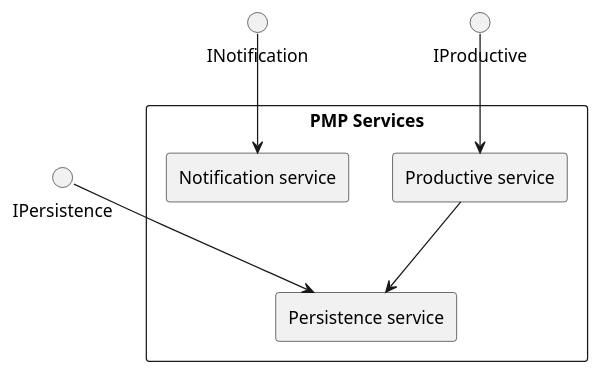
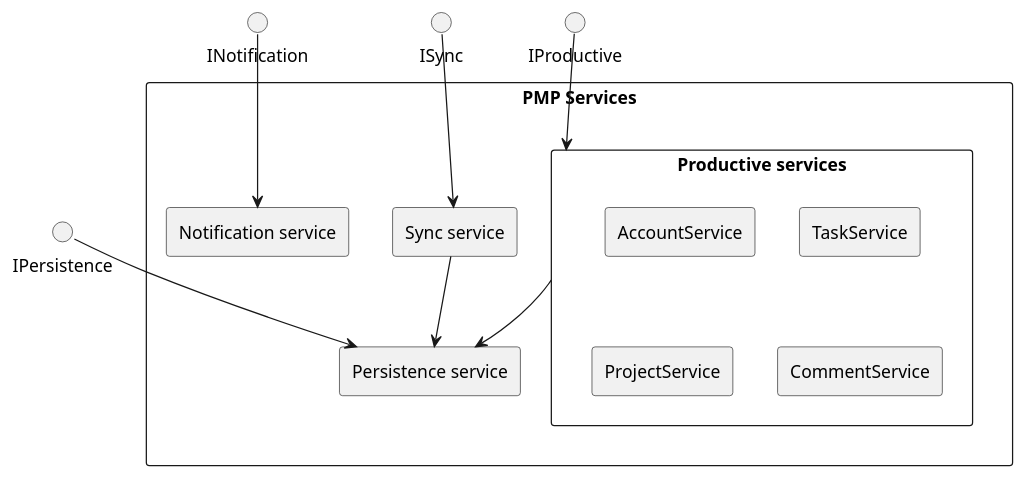
The fifth of 12 diagrams in Documentatie/Software Architecture Document.md (DCReceveur/pre-afstudeer-docs), drawn with PlantUML before and after one commit. The commit also changed other lines of this file and 9 other files, not shown here.

````diff
--- a/Documentatie/Software Architecture Document.md
+++ b/Documentatie/Software Architecture Document.md
@@ -171,18 +175,27 @@
 ```plantuml
 top to bottom direction
 interface "IPersistence" as if1
 interface "INotification" as if2
 interface "IProductive" as if3
+interface "ISync" as if4
 
 rectangle "PMP Services"{
     rectangle "Persistence service" as pes
     rectangle "Notification service" as ns
-    rectangle "Productive service" as prs
+    rectangle "Productive services" as prs{
+        rectangle AccountService
+        rectangle TaskService
+        rectangle ProjectService
+        rectangle CommentService
+    }
+    rectangle "Sync service" as sync
 }
 
 if1 --> pes
 if2 --> ns
 if3 --> prs
+if4 --> sync
 prs --> pes
+sync --> pes
 
 ```
````
